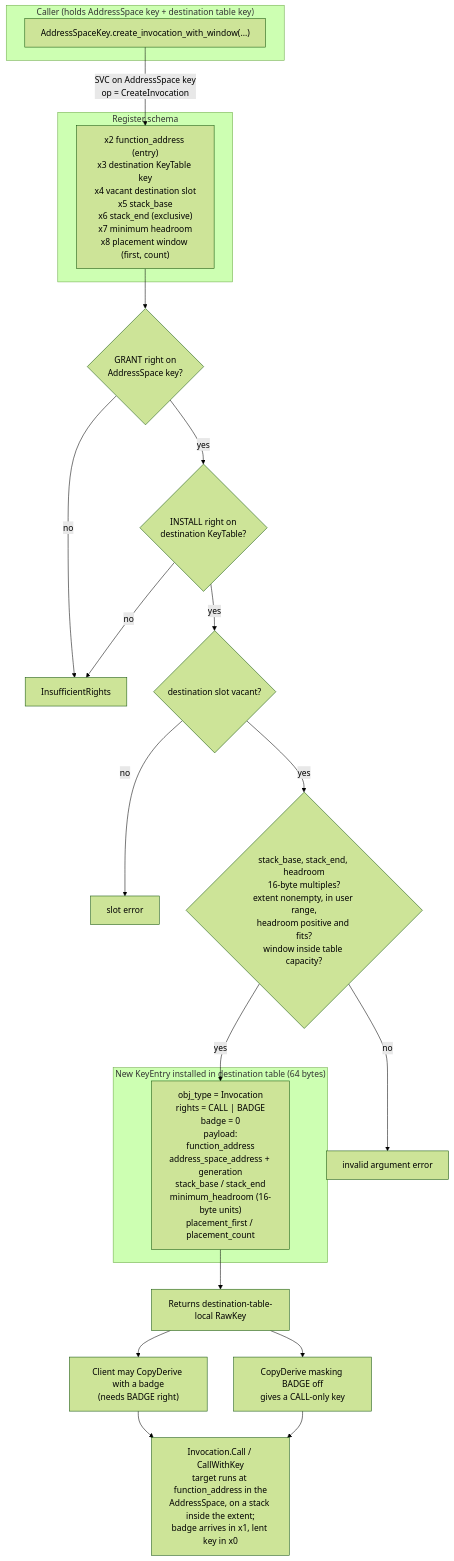
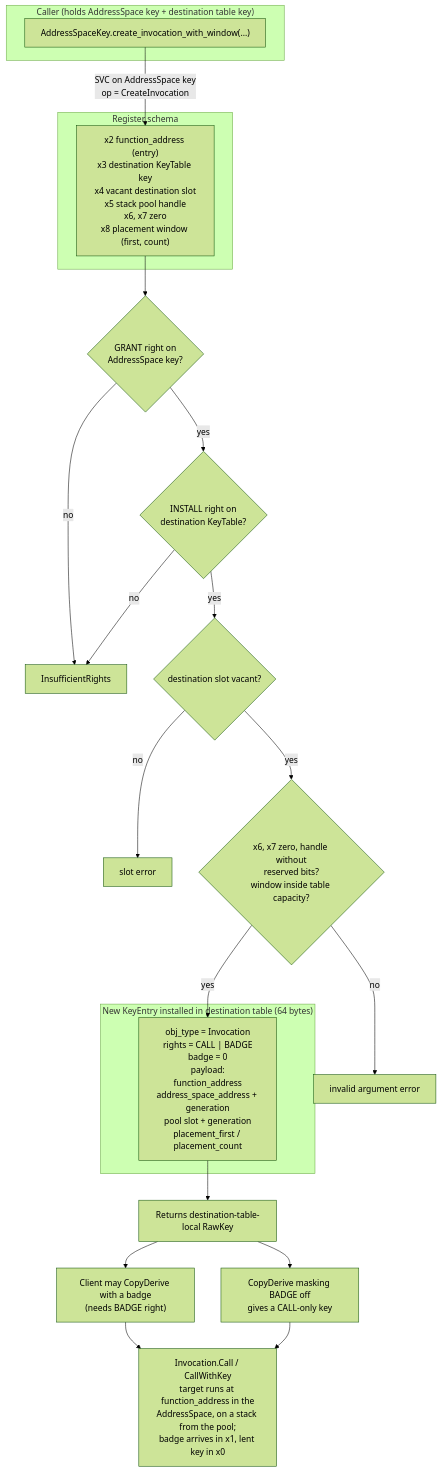
Before and after one commit to metta-systems/vesper: the diagram in doc/object_types/arch/address_space.md, drawn with Mermaid (forest theme). The commit also changed other lines of this file and 61 other files, not shown here.

````diff
--- a/doc/object_types/arch/address_space.md
+++ b/doc/object_types/arch/address_space.md
@@ -73,34 +75,34 @@
 ```mermaid
 flowchart TD
     subgraph Caller["Caller (holds AddressSpace key + destination table key)"]
         A["AddressSpaceKey.create_invocation_with_window(...)"]
     end
 
     A -->|"SVC on AddressSpace key<br/>op = CreateInvocation"| R
 
     subgraph Regs["Register schema"]
-        R["x2 function_address (entry)<br/>x3 destination KeyTable key<br/>x4 vacant destination slot<br/>x5 stack_base<br/>x6 stack_end (exclusive)<br/>x7 minimum headroom<br/>x8 placement window (first, count)"]
+        R["x2 function_address (entry)<br/>x3 destination KeyTable key<br/>x4 vacant destination slot<br/>x5 stack pool handle<br/>x6, x7 zero<br/>x8 placement window (first, count)"]
     end
 
     R --> K1{"GRANT right on<br/>AddressSpace key?"}
     K1 -- no --> E1["InsufficientRights"]
     K1 -- yes --> K2{"INSTALL right on<br/>destination KeyTable?"}
     K2 -- no --> E1
     K2 -- yes --> K3{"destination slot vacant?"}
     K3 -- no --> E2["slot error"]
-    K3 -- yes --> K4{"stack_base, stack_end, headroom<br/>16-byte multiples?<br/>extent nonempty, in user range,<br/>headroom positive and fits?<br/>window inside table capacity?"}
+    K3 -- yes --> K4{"x6, x7 zero, handle without<br/>reserved bits?<br/>window inside table capacity?"}
     K4 -- no --> E3["invalid argument error"]
     K4 -- yes --> N
 
     subgraph Entry["New KeyEntry installed in destination table (64 bytes)"]
-        N["obj_type = Invocation<br/>rights = CALL | BADGE<br/>badge = 0<br/>payload:<br/>function_address<br/>address_space_address + generation<br/>stack_base / stack_end<br/>minimum_headroom (16-byte units)<br/>placement_first / placement_count"]
+        N["obj_type = Invocation<br/>rights = CALL | BADGE<br/>badge = 0<br/>payload:<br/>function_address<br/>address_space_address + generation<br/>pool slot + generation<br/>placement_first / placement_count"]
     end
 
     N --> RET["Returns destination-table-local RawKey"]
 
     RET --> D1["Client may CopyDerive with a badge<br/>(needs BADGE right)"]
     RET --> D2["CopyDerive masking BADGE off<br/>gives a CALL-only key"]
 
-    D1 --> CALL["Invocation.Call / CallWithKey<br/>target runs at function_address in the<br/>AddressSpace, on a stack inside the extent;<br/>badge arrives in x1, lent key in x0"]
+    D1 --> CALL["Invocation.Call / CallWithKey<br/>target runs at function_address in the<br/>AddressSpace, on a stack from the pool;<br/>badge arrives in x1, lent key in x0"]
     D2 --> CALL
 ```
````
